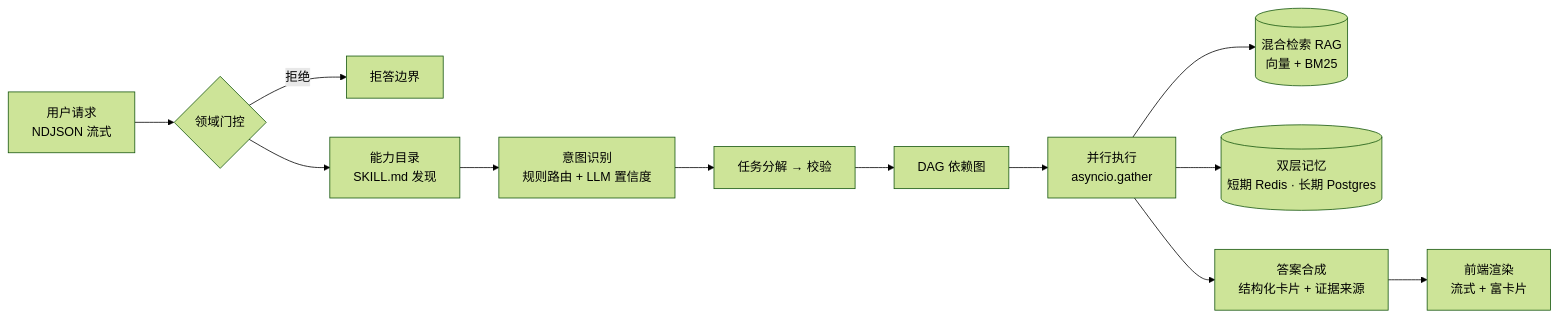
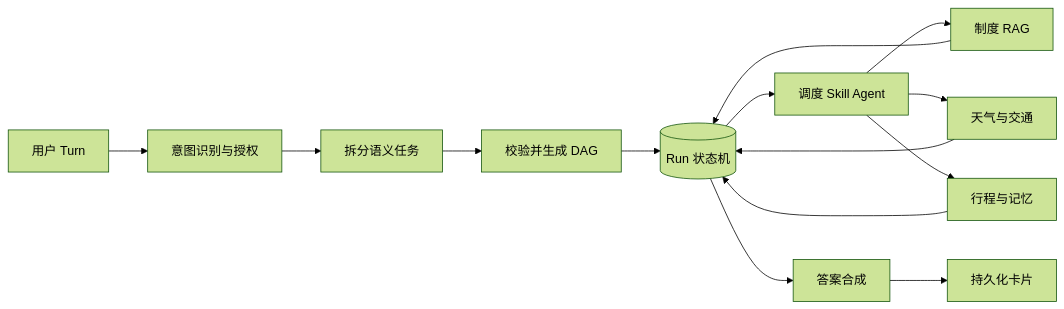
The diagram in README.md (KOVcharles/Hommey), drawn with Mermaid (forest theme) before and after one commit. The commit also changed other lines of this file and 84 other files, not shown here.

````diff
--- a/README.md
+++ b/README.md
@@ -71,14 +46,16 @@
 ```mermaid
 flowchart LR
-    U[用户请求<br/>NDJSON 流式] --> G{领域门控}
-    G -- 拒绝 --> R[拒答边界]
-    G --> C[能力目录<br/>SKILL.md 发现]
-    C --> I[意图识别<br/>规则路由 + LLM 置信度]
-    I --> T[任务分解 → 校验]
-    T --> D[DAG 依赖图]
-    D --> E[并行执行<br/>asyncio.gather]
-    E --> RAG[(混合检索 RAG<br/>向量 + BM25)]
-    E --> MEM[(双层记忆<br/>短期 Redis · 长期 Postgres)]
-    E --> A[答案合成<br/>结构化卡片 + 证据来源]
-    A --> UI[前端渲染<br/>流式 + 富卡片]
+    U[用户 Turn] --> I[意图识别与授权]
+    I --> D[拆分语义任务]
+    D --> V[校验并生成 DAG]
+    V --> S[(Run 状态机)]
+    S --> E[调度 Skill Agent]
+    E --> P[制度 RAG]
+    E --> Q[天气与交通]
+    E --> M[行程与记忆]
+    P --> S
+    Q --> S
+    M --> S
+    S --> C[答案合成]
+    C --> UI[持久化卡片]
 ```
````
